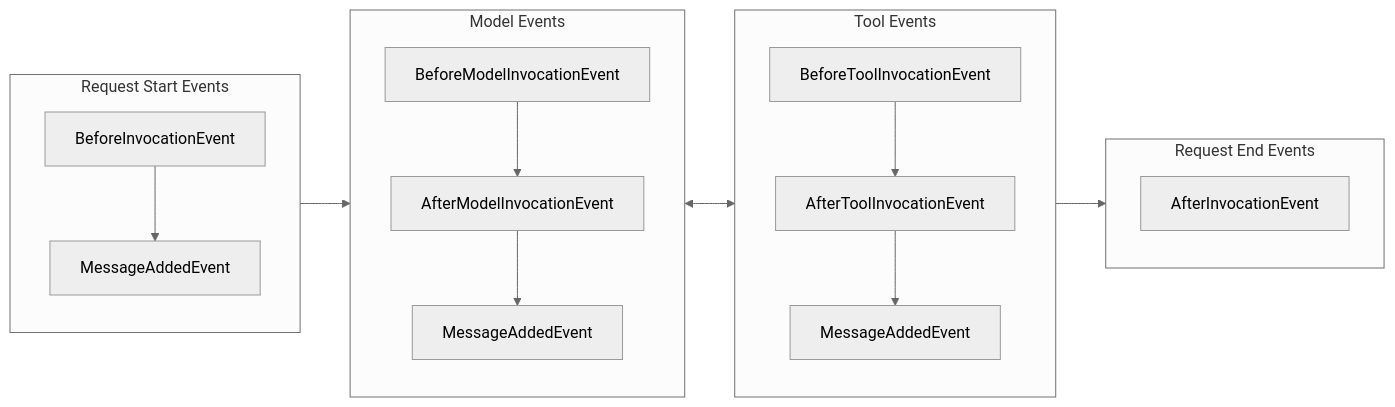
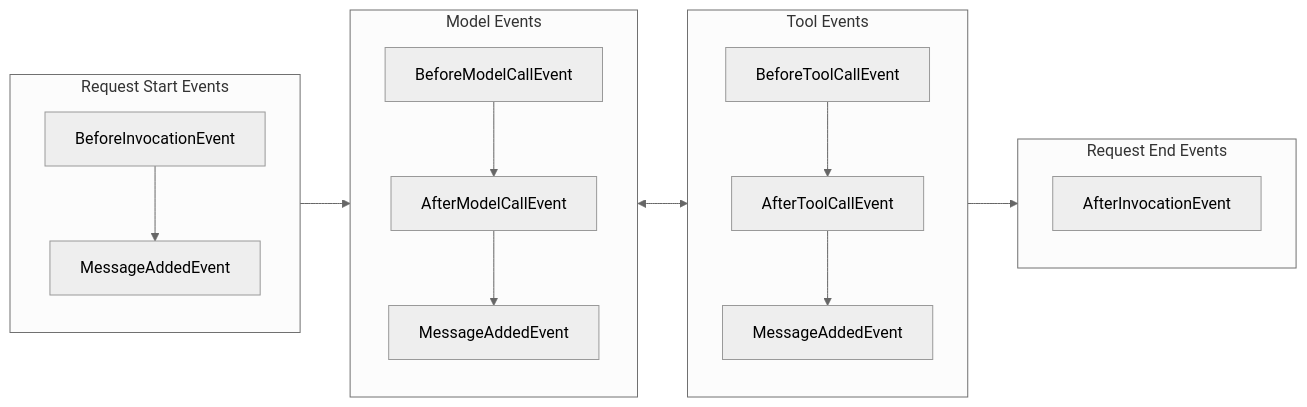
Before and after one commit to strands-agents/docs: the diagram in docs/user-guide/concepts/agents/hooks.md, drawn with Mermaid (neutral theme). The commit also changed other lines of this file, not shown here.

````diff
--- a/docs/user-guide/concepts/agents/hooks.md
+++ b/docs/user-guide/concepts/agents/hooks.md
@@ -62,32 +62,32 @@
 ```mermaid
 flowchart LR
  subgraph Start["Request Start Events"]
     direction TB
         BeforeInvocationEvent["BeforeInvocationEvent"]
         StartMessage["MessageAddedEvent"]
         BeforeInvocationEvent --> StartMessage
   end
  subgraph Model["Model Events"]
     direction TB
-        AfterModelInvocationEvent["AfterModelInvocationEvent"]
-        BeforeModelInvocationEvent["BeforeModelInvocationEvent"]
+        AfterModelCallEvent["AfterModelCallEvent"]
+        BeforeModelCallEvent["BeforeModelCallEvent"]
         ModelMessage["MessageAddedEvent"]
-        BeforeModelInvocationEvent --> AfterModelInvocationEvent
-        AfterModelInvocationEvent --> ModelMessage
+        BeforeModelCallEvent --> AfterModelCallEvent
+        AfterModelCallEvent --> ModelMessage
   end
   subgraph Tool["Tool Events"]
     direction TB
-        AfterToolInvocationEvent["AfterToolInvocationEvent"]
-        BeforeToolInvocationEvent["BeforeToolInvocationEvent"]
+        AfterToolCallEvent["AfterToolCallEvent"]
+        BeforeToolCallEvent["BeforeToolCallEvent"]
         ToolMessage["MessageAddedEvent"]
-        BeforeToolInvocationEvent --> AfterToolInvocationEvent
-        AfterToolInvocationEvent --> ToolMessage
+        BeforeToolCallEvent --> AfterToolCallEvent
+        AfterToolCallEvent --> ToolMessage
   end
   subgraph End["Request End Events"]
     direction TB
         AfterInvocationEvent["AfterInvocationEvent"]
   end
 Start --> Model
 Model <--> Tool
 Tool --> End
 ```
````
